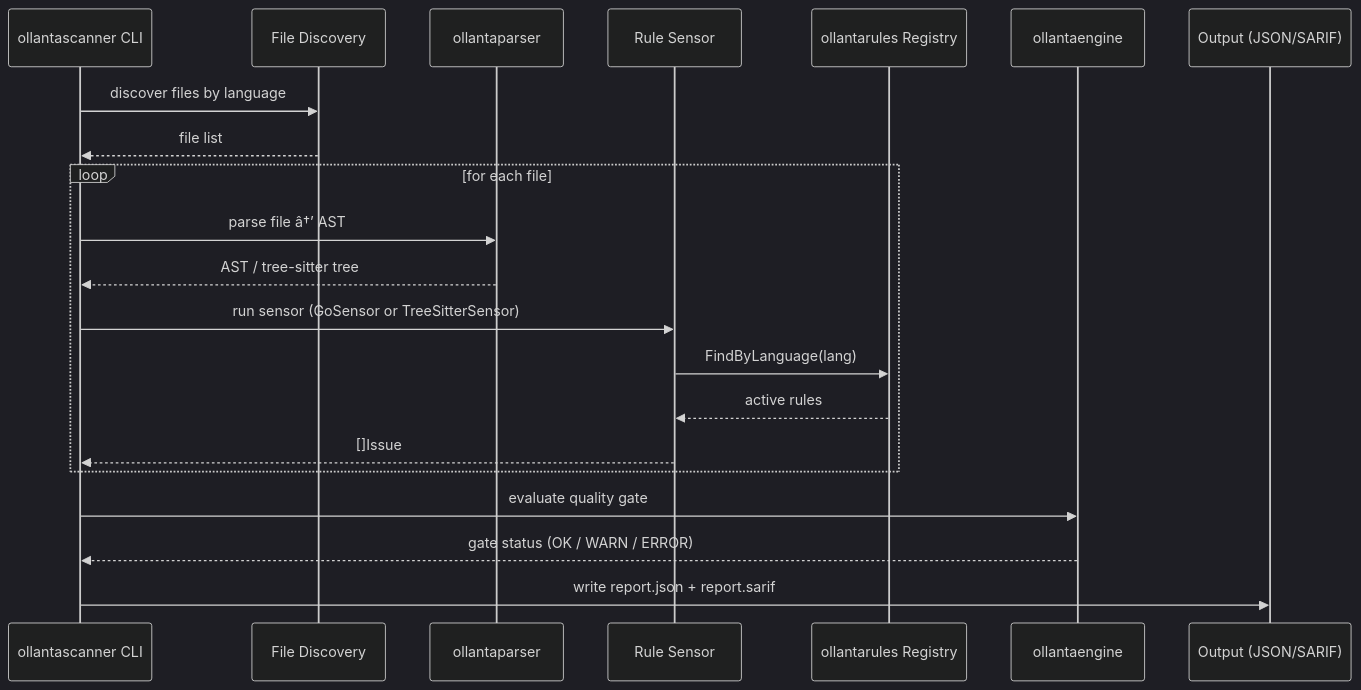
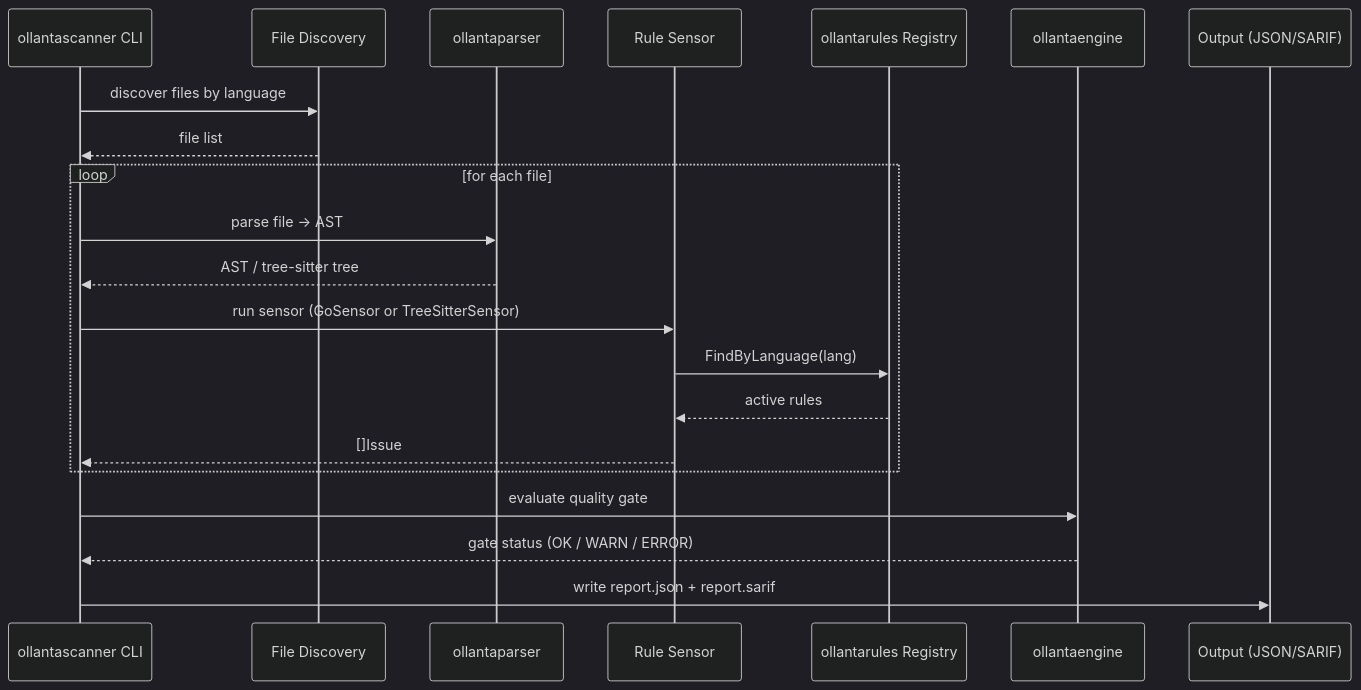
One commit to scovl/ollanta changed diagram 18 of 21 in docs/architecture.md. Above: the diagram before and after it, drawn with Mermaid (dark theme). The commit also changed other lines of this file and 7 other files, not shown here.

````diff
--- a/docs/architecture.md
+++ b/docs/architecture.md
@@ -1402,26 +1402,26 @@
 ```mermaid
 sequenceDiagram
     participant CLI as ollantascanner CLI
     participant Target as File Discovery
     participant Parser as ollantaparser
     participant Sensor as Rule Sensor
     participant Rules as ollantarules Registry
     participant Engine as ollantaengine
     participant Out as Output (JSON/SARIF)
 
     CLI->>Target: discover files by language
     Target-->>CLI: file list
 
     loop for each file
-        CLI->>Parser: parse file â†’ AST
+        CLI->>Parser: parse file → AST
         Parser-->>CLI: AST / tree-sitter tree
         CLI->>Sensor: run sensor (GoSensor or TreeSitterSensor)
         Sensor->>Rules: FindByLanguage(lang)
         Rules-->>Sensor: active rules
         Sensor-->>CLI: []Issue
     end
 
     CLI->>Engine: evaluate quality gate
     Engine-->>CLI: gate status (OK / WARN / ERROR)
     CLI->>Out: write report.json + report.sarif
 ```
````
